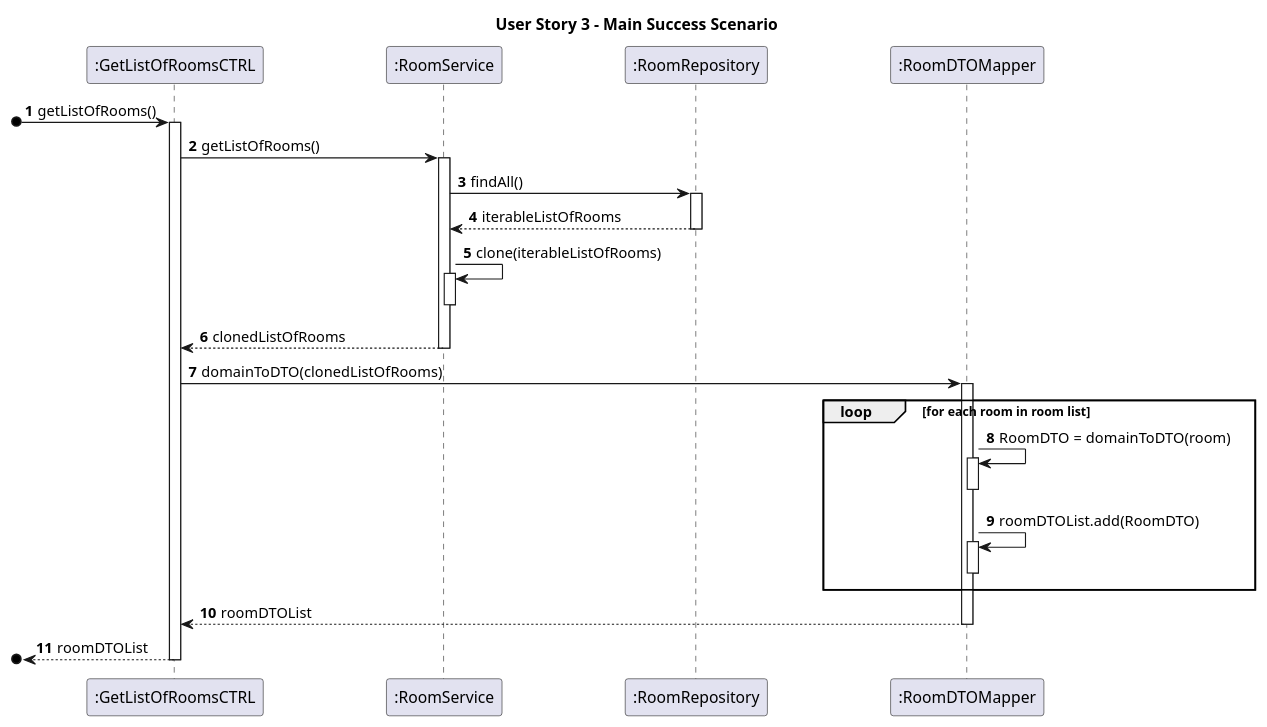
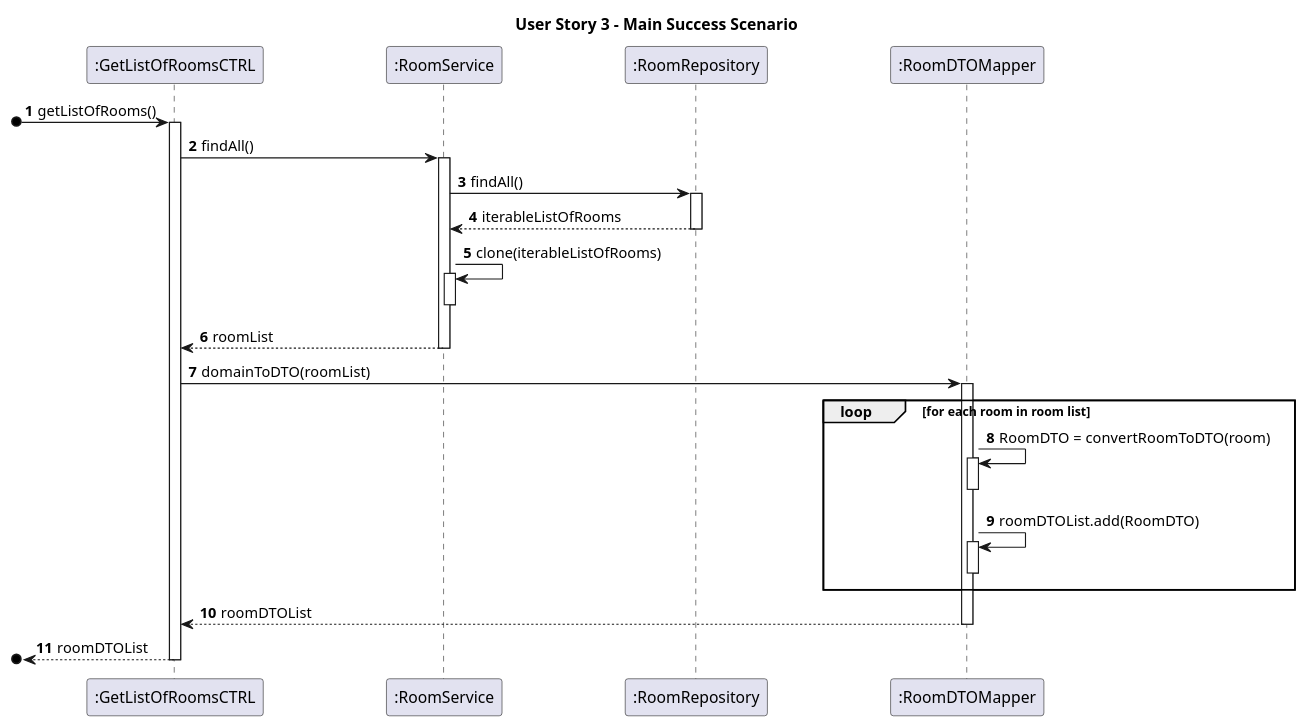
The diagram in Docs/US03/US03SequenceDiagram.puml (AfonsoNeves77/smartHouse), drawn with PlantUML before and after one commit. The commit also changed 3 other files, not shown here.

Commit message:
[docs]: final update for US03 sequence and class diagrams Fixes #205

```diff
--- a/Docs/US03/US03SequenceDiagram.puml
+++ b/Docs/US03/US03SequenceDiagram.puml
@@ -1,57 +1,57 @@
 @startuml
 
 skinparam ParticipantPadding 50
 autonumber
 title User Story 3 - Main Success Scenario
 
 participant ":GetListOfRoomsCTRL" as C
 participant ":RoomService" as RS
 participant ":RoomRepository" as RR
 participant ":RoomDTOMapper" as RM
 
 [o-> C : getListOfRooms()
 activate C
-C -> RS : getListOfRooms()
+C -> RS : findAll()
 activate RS
 
 RS -> RR : findAll()
 activate RR
 
 
 RR --> RS : iterableListOfRooms
 
 deactivate RR
 
 
 RS -> RS : clone(iterableListOfRooms)
 activate RS
 deactivate RS
-RS --> C : clonedListOfRooms
+RS --> C : roomList
 
 deactivate RS
 
-C -> RM : domainToDTO(clonedListOfRooms)
+C -> RM : domainToDTO(roomList)
 
 activate RM
 loop for each room in room list
-RM -> RM : RoomDTO = domainToDTO(room)
+RM -> RM : RoomDTO = convertRoomToDTO(room)
 activate RM
 deactivate RM
 RM -> RM : roomDTOList.add(RoomDTO)
 activate RM
 deactivate RM
 end loop
 RM --> C : roomDTOList
 deactivate RM
 
 
 
 
 [o<-- C : roomDTOList
 
 deactivate C
 
 
 
 
 @enduml
```
